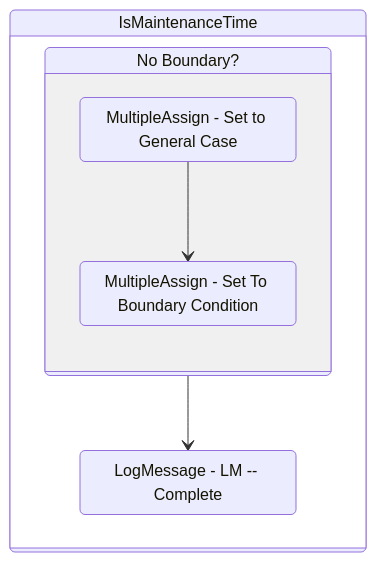
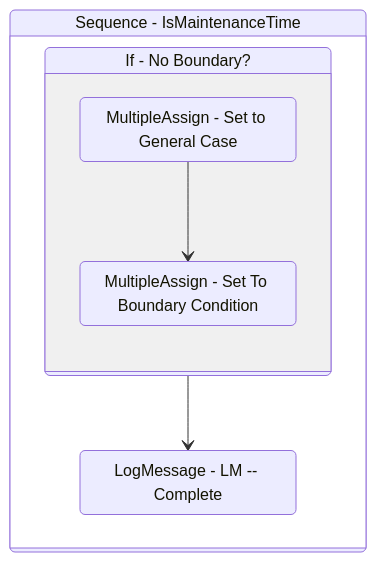
Before and after one commit to yashbrahmbhatt/LazyFramework: the diagram in Documentation/.templates/Performers/Basic/Framework/IsMaintenanceTime.md, drawn with Mermaid. The commit also changed 78 other files, not shown here.

````diff
--- a/Documentation/.templates/Performers/Basic/Framework/IsMaintenanceTime.md
+++ b/Documentation/.templates/Performers/Basic/Framework/IsMaintenanceTime.md
@@ -81,19 +81,19 @@
 ```mermaid
 stateDiagram-v2
 
 
-Sequence_1: IsMaintenanceTime
+Sequence_1: Sequence - IsMaintenanceTime
 state Sequence_1 {
 direction TB
 
-If_1: No Boundary?
+If_1: If - No Boundary?
 state If_1 {
 direction TB
 MultipleAssign_1 : MultipleAssign - Set to General Case
 MultipleAssign_2 : MultipleAssign - Set To Boundary Condition
 MultipleAssign_1 --> MultipleAssign_2
 }
 LogMessage_1 : LogMessage - LM -- Complete
 If_1 --> LogMessage_1
 }
 ```
````
